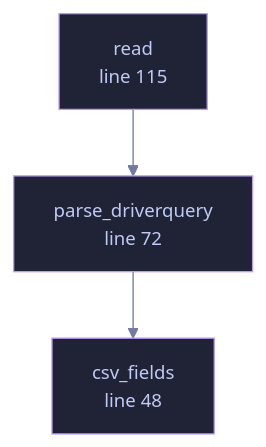
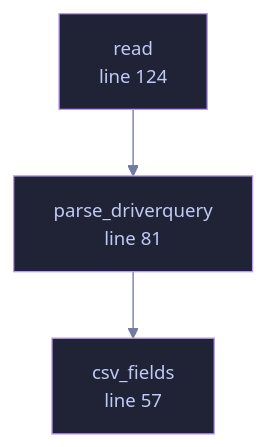
The diagram in wiki/File-veilvoice-drivers-windows.md (tilas01/veilvoice), drawn with Mermaid before and after one commit. The commit also changed other lines of this file and 487 other files, not shown here.

````diff
--- a/wiki/File-veilvoice-drivers-windows.md
+++ b/wiki/File-veilvoice-drivers-windows.md
@@ -66,14 +76,14 @@
 ```mermaid
 %%{init: {"theme":"base","themeVariables":{"background":"#1a1b26","primaryColor":"#1f2335","primaryTextColor":"#c0caf5","primaryBorderColor":"#7aa2f7","secondaryColor":"#16161e","tertiaryColor":"#16161e","lineColor":"#737aa2","textColor":"#c0caf5","mainBkg":"#1f2335","nodeBorder":"#7aa2f7","clusterBkg":"#16161e","clusterBorder":"#2f3549","fontFamily":"ui-monospace, SFMono-Regular, Consolas, monospace","fontSize":"14px"}}}%%
 flowchart TD
-    n_csv_fields["csv_fields<br/>line 48"]
-    n_parse_driverquery["parse_driverquery<br/>line 72"]
-    n_read["read<br/>line 115"]
+    n_csv_fields["csv_fields<br/>line 57"]
+    n_parse_driverquery["parse_driverquery<br/>line 81"]
+    n_read["read<br/>line 124"]
     n_parse_driverquery --> n_csv_fields
     n_read --> n_parse_driverquery
-    click n_csv_fields href "https://github.com/tilas01/veilvoice/blob/main/crates/veilvoice-drivers/src/windows.rs#L48" "open the source"
-    click n_parse_driverquery href "https://github.com/tilas01/veilvoice/blob/main/crates/veilvoice-drivers/src/windows.rs#L72" "open the source"
-    click n_read href "https://github.com/tilas01/veilvoice/blob/main/crates/veilvoice-drivers/src/windows.rs#L115" "open the source"
+    click n_csv_fields href "https://github.com/tilas01/veilvoice/blob/main/crates/veilvoice-drivers/src/windows.rs#L57" "open the source"
+    click n_parse_driverquery href "https://github.com/tilas01/veilvoice/blob/main/crates/veilvoice-drivers/src/windows.rs#L81" "open the source"
+    click n_read href "https://github.com/tilas01/veilvoice/blob/main/crates/veilvoice-drivers/src/windows.rs#L124" "open the source"
     classDef helper fill:#1f2335,stroke:#bb9af7,color:#c0caf5
     class n_csv_fields,n_parse_driverquery,n_read helper
 ```
````
